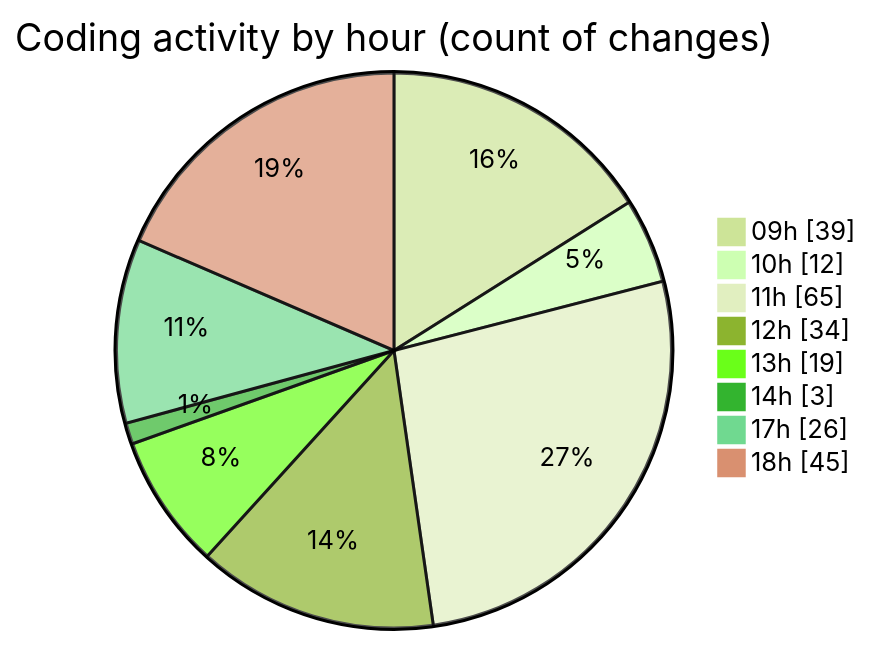
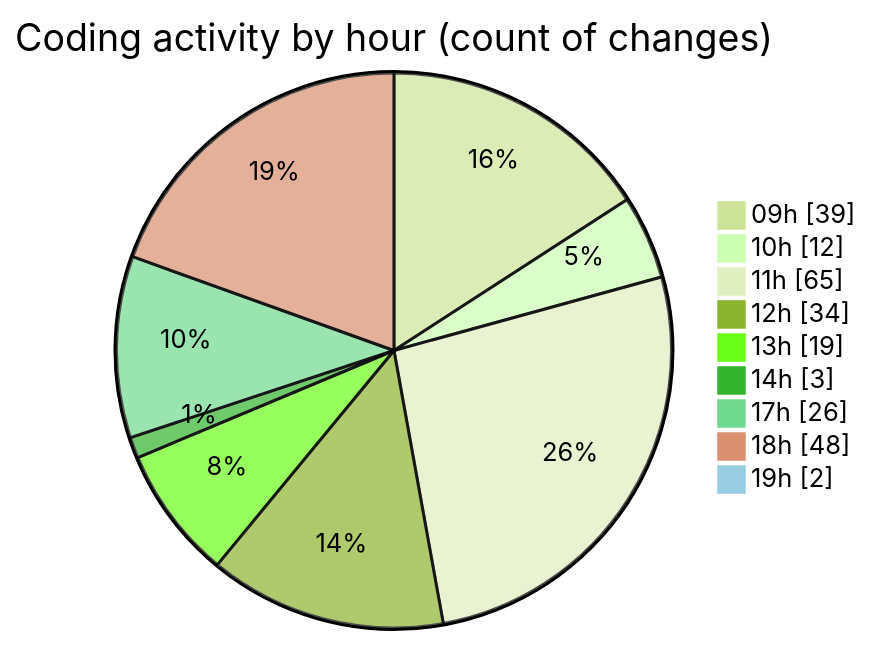
The second of 2 diagrams in 2025-03-04/cda/README.md (momahboobian/code-tracking), drawn with Mermaid (forest theme) before and after one commit. The commit also changed other lines of this file and 1 other file, not shown here.

````diff
--- a/2025-03-04/cda/README.md
+++ b/2025-03-04/cda/README.md
@@ -37,12 +38,13 @@
 ```mermaid
 pie showData
 title Coding activity by hour (count of changes)
 "09h" : 39
 "10h" : 12
 "11h" : 65
 "12h" : 34
 "13h" : 19
 "14h" : 3
 "17h" : 26
-"18h" : 45
+"18h" : 48
+"19h" : 2
 ```
````
